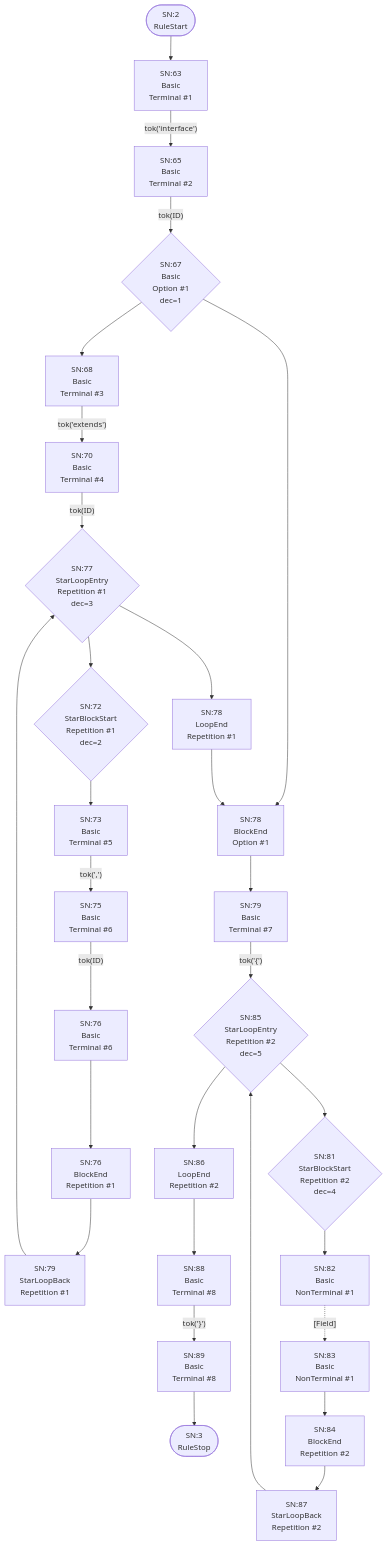
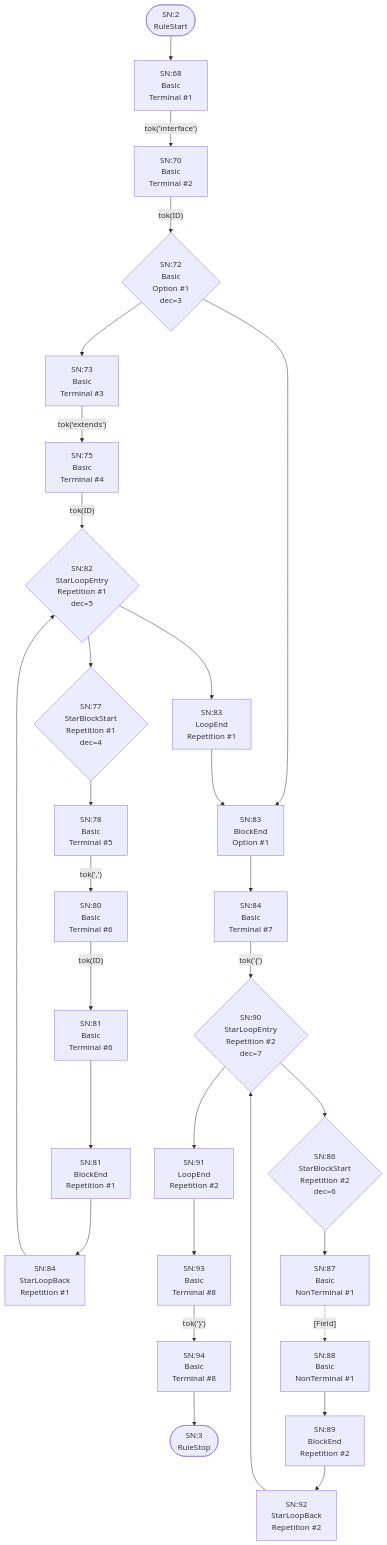
One commit to TypeFox/fastbelt changed the second of 25 diagrams in internal/grammar/atn.md. Above: the diagram before and after it, drawn with Mermaid. The commit also changed other lines of this file and 13 other files, not shown here.

````diff
--- a/internal/grammar/atn.md
+++ b/internal/grammar/atn.md
@@ -44,58 +55,58 @@
 ```mermaid
 flowchart TD
     q2(["SN:2<br/>RuleStart"])
     q3(["SN:3<br/>RuleStop"])
-    q63["SN:63<br/>Basic<br/>Terminal #1"]
-    q64["SN:65<br/>Basic<br/>Terminal #2"]
-    q65{"SN:67<br/>Basic<br/>Option #1<br/>dec=1"}
-    q66["SN:68<br/>Basic<br/>Terminal #3"]
-    q67["SN:70<br/>Basic<br/>Terminal #4"]
-    q68{"SN:72<br/>StarBlockStart<br/>Repetition #1<br/>dec=2"}
-    q69["SN:73<br/>Basic<br/>Terminal #5"]
-    q70["SN:75<br/>Basic<br/>Terminal #6"]
-    q71["SN:76<br/>Basic<br/>Terminal #6"]
-    q72["SN:76<br/>BlockEnd<br/>Repetition #1"]
-    q73{"SN:77<br/>StarLoopEntry<br/>Repetition #1<br/>dec=3"}
-    q74["SN:78<br/>LoopEnd<br/>Repetition #1"]
-    q75["SN:79<br/>StarLoopBack<br/>Repetition #1"]
-    q76["SN:78<br/>BlockEnd<br/>Option #1"]
-    q77["SN:79<br/>Basic<br/>Terminal #7"]
-    q78{"SN:81<br/>StarBlockStart<br/>Repetition #2<br/>dec=4"}
-    q79["SN:82<br/>Basic<br/>NonTerminal #1"]
-    q80["SN:83<br/>Basic<br/>NonTerminal #1"]
-    q81["SN:84<br/>BlockEnd<br/>Repetition #2"]
-    q82{"SN:85<br/>StarLoopEntry<br/>Repetition #2<br/>dec=5"}
-    q83["SN:86<br/>LoopEnd<br/>Repetition #2"]
-    q84["SN:87<br/>StarLoopBack<br/>Repetition #2"]
-    q85["SN:88<br/>Basic<br/>Terminal #8"]
-    q86["SN:89<br/>Basic<br/>Terminal #8"]
+    q68["SN:68<br/>Basic<br/>Terminal #1"]
+    q69["SN:70<br/>Basic<br/>Terminal #2"]
+    q70{"SN:72<br/>Basic<br/>Option #1<br/>dec=3"}
+    q71["SN:73<br/>Basic<br/>Terminal #3"]
+    q72["SN:75<br/>Basic<br/>Terminal #4"]
+    q73{"SN:77<br/>StarBlockStart<br/>Repetition #1<br/>dec=4"}
+    q74["SN:78<br/>Basic<br/>Terminal #5"]
+    q75["SN:80<br/>Basic<br/>Terminal #6"]
+    q76["SN:81<br/>Basic<br/>Terminal #6"]
+    q77["SN:81<br/>BlockEnd<br/>Repetition #1"]
+    q78{"SN:82<br/>StarLoopEntry<br/>Repetition #1<br/>dec=5"}
+    q79["SN:83<br/>LoopEnd<br/>Repetition #1"]
+    q80["SN:84<br/>StarLoopBack<br/>Repetition #1"]
+    q81["SN:83<br/>BlockEnd<br/>Option #1"]
+    q82["SN:84<br/>Basic<br/>Terminal #7"]
+    q83{"SN:86<br/>StarBlockStart<br/>Repetition #2<br/>dec=6"}
+    q84["SN:87<br/>Basic<br/>NonTerminal #1"]
+    q85["SN:88<br/>Basic<br/>NonTerminal #1"]
+    q86["SN:89<br/>BlockEnd<br/>Repetition #2"]
+    q87{"SN:90<br/>StarLoopEntry<br/>Repetition #2<br/>dec=7"}
+    q88["SN:91<br/>LoopEnd<br/>Repetition #2"]
+    q89["SN:92<br/>StarLoopBack<br/>Repetition #2"]
+    q90["SN:93<br/>Basic<br/>Terminal #8"]
+    q91["SN:94<br/>Basic<br/>Terminal #8"]
 
-    q2 --> q63
-    q63 -->|"tok('interface')"| q64
-    q64 -->|"tok(ID)"| q65
-    q65 --> q66
-    q65 --> q76
-    q66 -->|"tok('extends')"| q67
-    q67 -->|"tok(ID)"| q73
-    q68 --> q69
-    q69 -->|"tok(',')"| q70
-    q70 -->|"tok(ID)"| q71
-    q71 --> q72
-    q72 --> q75
-    q73 --> q68
+    q2 --> q68
+    q68 -->|"tok('interface')"| q69
+    q69 -->|"tok(ID)"| q70
+    q70 --> q71
+    q70 --> q81
+    q71 -->|"tok('extends')"| q72
+    q72 -->|"tok(ID)"| q78
     q73 --> q74
-    q74 --> q76
-    q75 --> q73
+    q74 -->|"tok(',')"| q75
+    q75 -->|"tok(ID)"| q76
     q76 --> q77
-    q77 -->|"tok('{')"| q82
+    q77 --> q80
+    q78 --> q73
     q78 --> q79
-    q79 -.->|"[Field]"| q80
-    q80 --> q81
-    q81 --> q84
-    q82 --> q78
-    q82 --> q83
-    q83 --> q85
-    q84 --> q82
-    q85 -->|"tok('}')"| q86
-    q86 --> q3
+    q79 --> q81
+    q80 --> q78
+    q81 --> q82
+    q82 -->|"tok('{')"| q87
+    q83 --> q84
+    q84 -.->|"[Field]"| q85
+    q85 --> q86
+    q86 --> q89
+    q87 --> q83
+    q87 --> q88
+    q88 --> q90
+    q89 --> q87
+    q90 -->|"tok('}')"| q91
+    q91 --> q3
 ```
````
